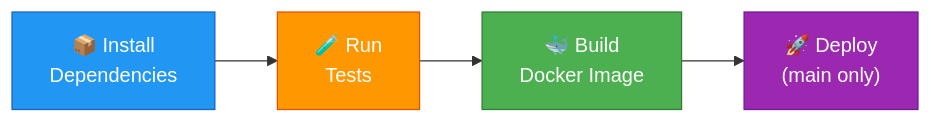
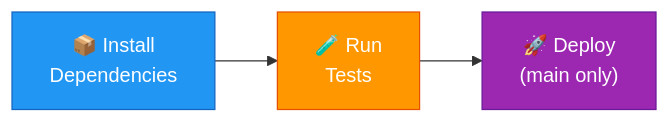
The first of 2 diagrams in CICD.md (Jaiditya-01/Airflow-Agile-Project), drawn with Mermaid before and after one commit. The commit also changed other lines of this file and 7 other files, not shown here.

````diff
--- a/CICD.md
+++ b/CICD.md
@@ -64,11 +59,9 @@
 ```mermaid
 flowchart LR
     A["📦 Install\nDependencies"] --> B["🧪 Run\nTests"]
-    B --> C["🐳 Build\nDocker Image"]
-    C --> D["🚀 Deploy\n(main only)"]
+    B --> C["🚀 Deploy\n(main only)"]
 
     style A fill:#2196F3,color:#fff,stroke:#1565C0
     style B fill:#FF9800,color:#fff,stroke:#E65100
-    style C fill:#4CAF50,color:#fff,stroke:#2E7D32
-    style D fill:#9C27B0,color:#fff,stroke:#6A1B9A
+    style C fill:#9C27B0,color:#fff,stroke:#6A1B9A
 ```
````
